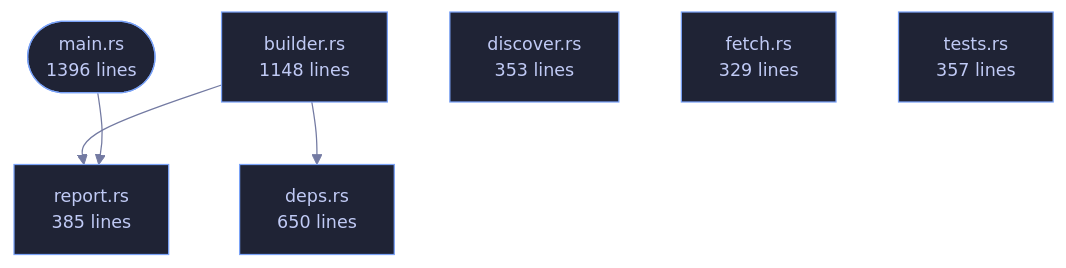
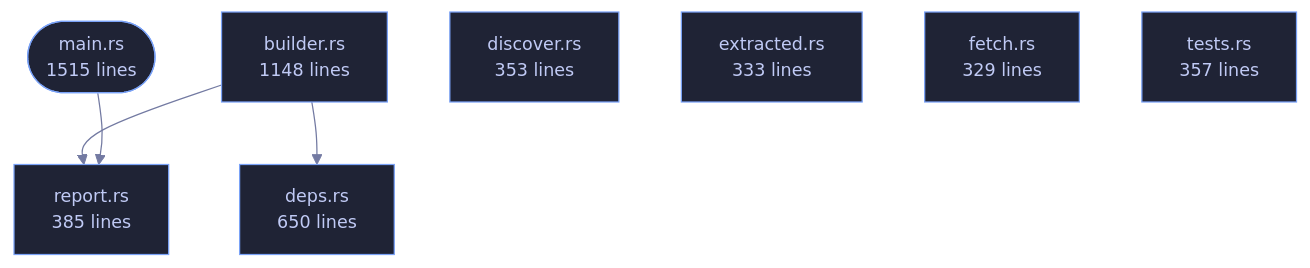
Before and after one commit to tilas01/veilvoice: the diagram in wiki/Crate-veilvoice-verify.md, drawn with Mermaid. The commit also changed other lines of this file and 30 other files, not shown here.

First line of the commit message:
verify: roadmap item 91, the extracted folder and somebody else's GnuPG

````diff
--- a/wiki/Crate-veilvoice-verify.md
+++ b/wiki/Crate-veilvoice-verify.md
@@ -80,21 +80,23 @@
 ```mermaid
 %%{init: {"theme":"base","themeVariables":{"background":"#1a1b26","primaryColor":"#1f2335","primaryTextColor":"#c0caf5","primaryBorderColor":"#7aa2f7","secondaryColor":"#16161e","tertiaryColor":"#16161e","lineColor":"#737aa2","textColor":"#c0caf5","mainBkg":"#1f2335","nodeBorder":"#7aa2f7","clusterBkg":"#16161e","clusterBorder":"#2f3549","fontFamily":"ui-monospace, SFMono-Regular, Consolas, monospace","fontSize":"14px"}}}%%
 flowchart TD
-    n_main(["main.rs<br/>1396 lines"])
+    n_main(["main.rs<br/>1515 lines"])
     n_builder["builder.rs<br/>1148 lines"]
     n_deps["deps.rs<br/>650 lines"]
     n_discover["discover.rs<br/>353 lines"]
+    n_extracted["extracted.rs<br/>333 lines"]
     n_fetch["fetch.rs<br/>329 lines"]
     n_report["report.rs<br/>385 lines"]
     n_tests["tests.rs<br/>357 lines"]
     n_builder --> n_deps
     n_builder --> n_report
     n_main --> n_report
     click n_main href "https://github.com/tilas01/veilvoice/blob/main/crates/veilvoice-verify/src/main.rs" "open the source"
     click n_builder href "https://github.com/tilas01/veilvoice/blob/main/crates/veilvoice-verify/src/builder.rs" "open the source"
     click n_deps href "https://github.com/tilas01/veilvoice/blob/main/crates/veilvoice-verify/src/deps.rs" "open the source"
     click n_discover href "https://github.com/tilas01/veilvoice/blob/main/crates/veilvoice-verify/src/discover.rs" "open the source"
+    click n_extracted href "https://github.com/tilas01/veilvoice/blob/main/crates/veilvoice-verify/src/extracted.rs" "open the source"
     click n_fetch href "https://github.com/tilas01/veilvoice/blob/main/crates/veilvoice-verify/src/fetch.rs" "open the source"
     click n_report href "https://github.com/tilas01/veilvoice/blob/main/crates/veilvoice-verify/src/report.rs" "open the source"
     click n_tests href "https://github.com/tilas01/veilvoice/blob/main/crates/veilvoice-verify/src/tests.rs" "open the source"
 ```
````
